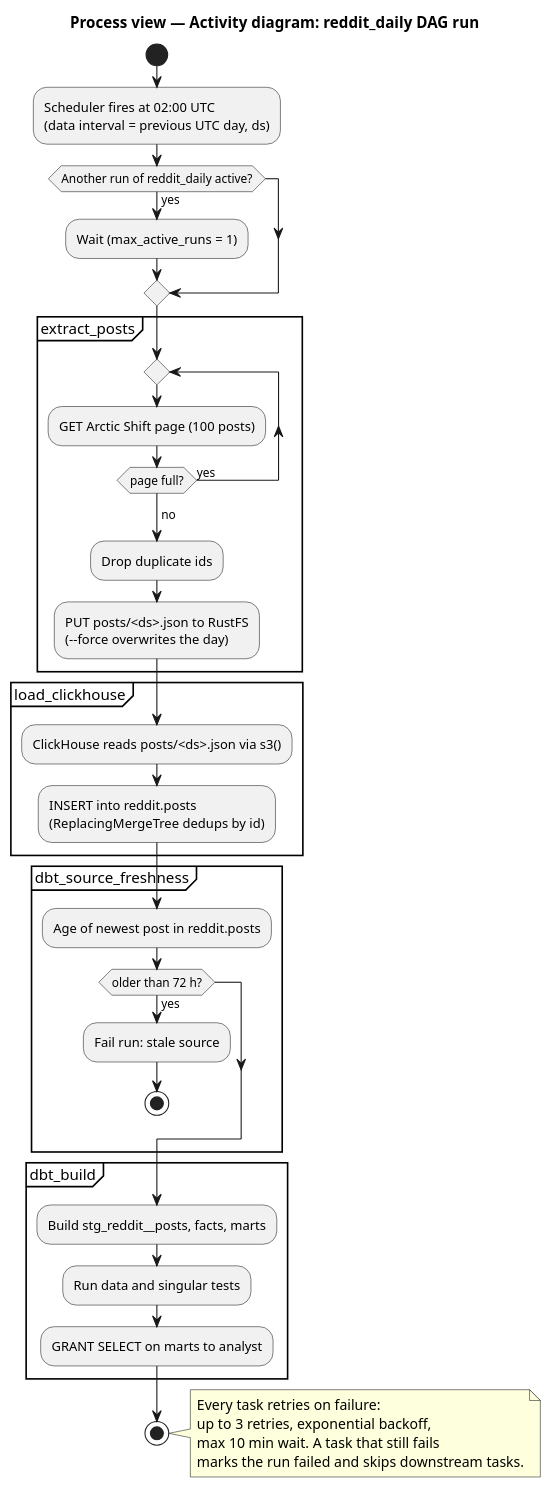
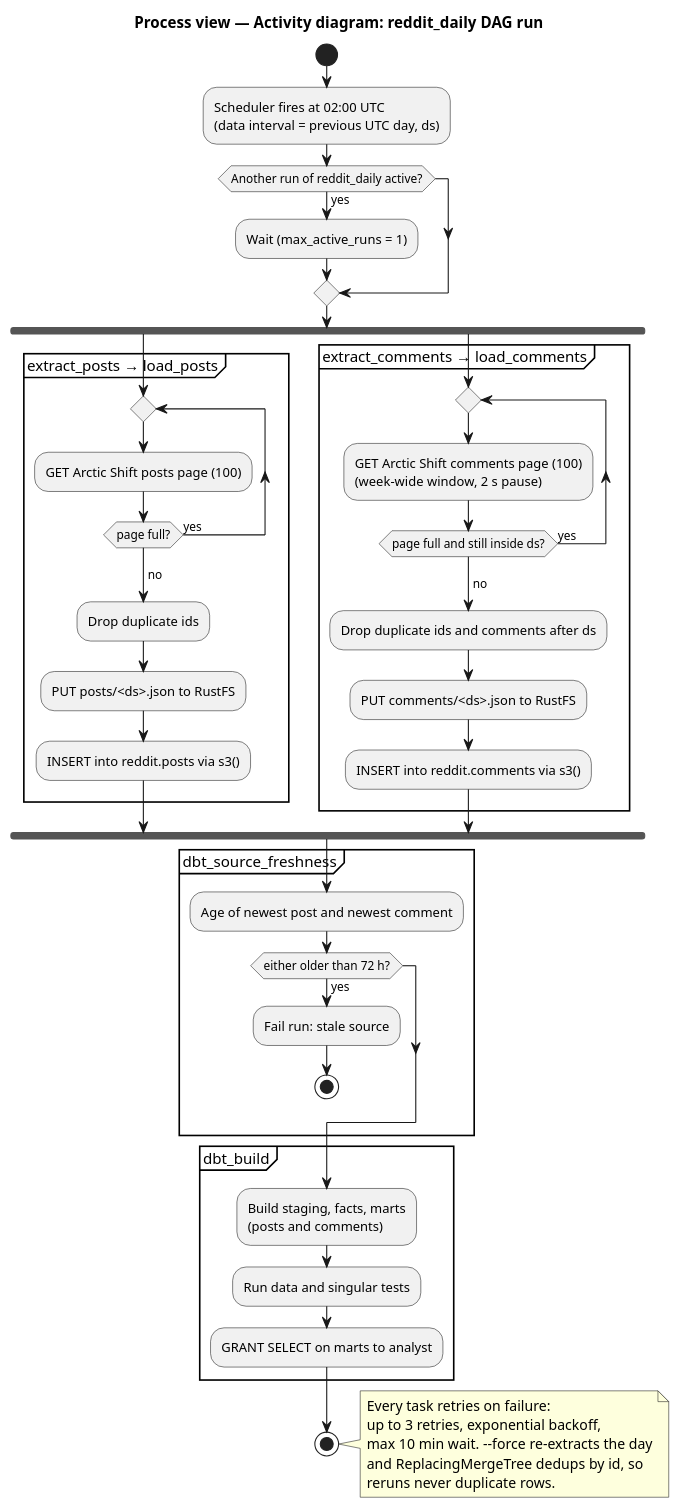
Before and after one commit to modsomjeed/reddit-dataeng: the diagram in docs/architecture/diagrams/activity-dag.puml, drawn with PlantUML. The commit also changed 14 other files, not shown here.

Commit message:
docs(architecture): add comments to the 4+1 views

```diff
--- a/docs/architecture/diagrams/activity-dag.puml
+++ b/docs/architecture/diagrams/activity-dag.puml
@@ -1,41 +1,51 @@
 @startuml activity-dag
 title Process view — Activity diagram: reddit_daily DAG run
 skinparam shadowing false
 
 start
 :Scheduler fires at 02:00 UTC\n(data interval = previous UTC day, ds);
 if (Another run of reddit_daily active?) then (yes)
   :Wait (max_active_runs = 1);
 endif
-partition "extract_posts" {
-  repeat
-    :GET Arctic Shift page (100 posts);
-  repeat while (page full?) is (yes)
-  ->no;
-  :Drop duplicate ids;
-  :PUT posts/<ds>.json to RustFS\n(--force overwrites the day);
-}
-partition "load_clickhouse" {
-  :ClickHouse reads posts/<ds>.json via s3();
-  :INSERT into reddit.posts\n(ReplacingMergeTree dedups by id);
-}
+fork
+  partition "extract_posts → load_posts" {
+    repeat
+      :GET Arctic Shift posts page (100);
+    repeat while (page full?) is (yes)
+    ->no;
+    :Drop duplicate ids;
+    :PUT posts/<ds>.json to RustFS;
+    :INSERT into reddit.posts via s3();
+  }
+fork again
+  partition "extract_comments → load_comments" {
+    repeat
+      :GET Arctic Shift comments page (100)\n(week-wide window, 2 s pause);
+    repeat while (page full and still inside ds?) is (yes)
+    ->no;
+    :Drop duplicate ids and comments after ds;
+    :PUT comments/<ds>.json to RustFS;
+    :INSERT into reddit.comments via s3();
+  }
+end fork
 partition "dbt_source_freshness" {
-  :Age of newest post in reddit.posts;
-  if (older than 72 h?) then (yes)
+  :Age of newest post and newest comment;
+  if (either older than 72 h?) then (yes)
     :Fail run: stale source;
     stop
   endif
 }
 partition "dbt_build" {
-  :Build stg_reddit__posts, facts, marts;
+  :Build staging, facts, marts\n(posts and comments);
   :Run data and singular tests;
   :GRANT SELECT on marts to analyst;
 }
 stop
 note right
   Every task retries on failure:
   up to 3 retries, exponential backoff,
-  max 10 min wait. A task that still fails
-  marks the run failed and skips downstream tasks.
+  max 10 min wait. --force re-extracts the day
+  and ReplacingMergeTree dedups by id, so
+  reruns never duplicate rows.
 end note
 @enduml
```
